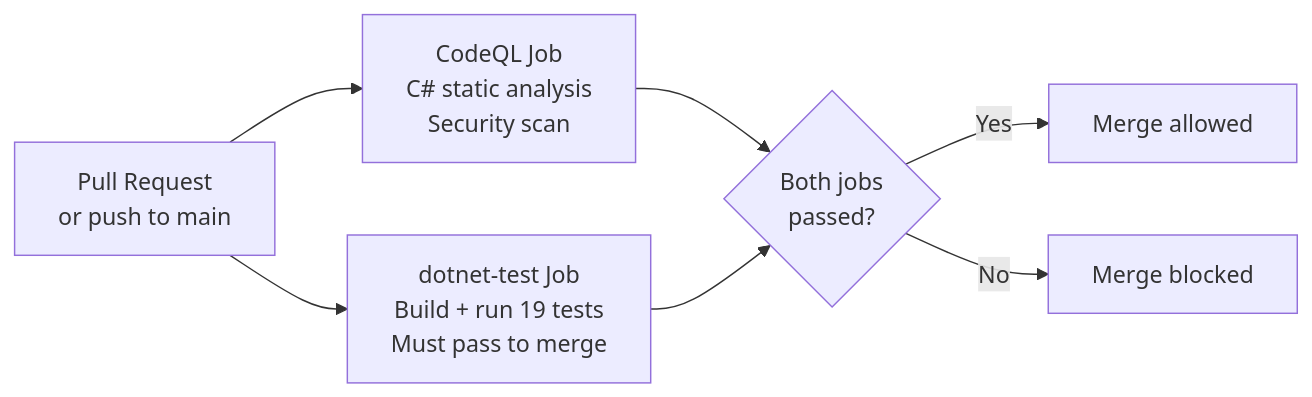
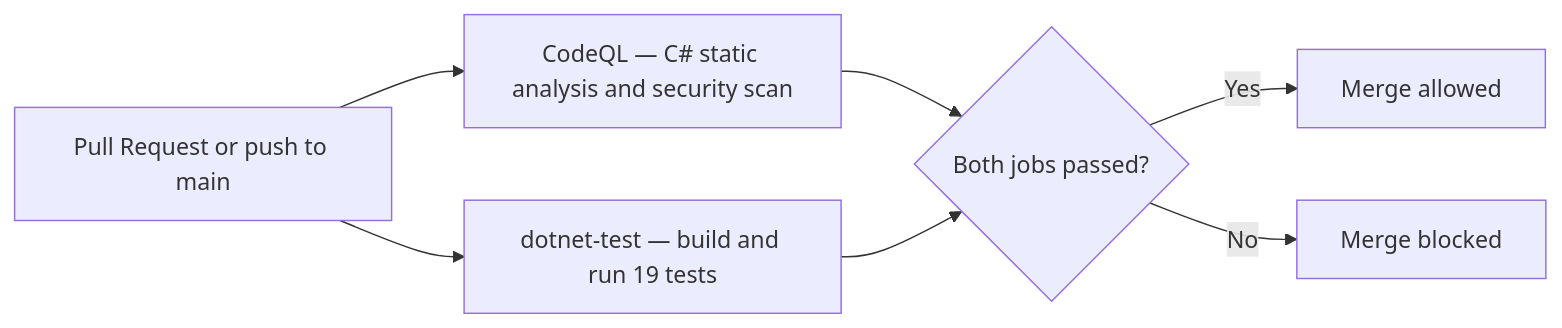
Before and after one commit to Amith-Ganta/room-reservation-system: diagram 12 of 14 in SUBMISSION_REPORT.md, drawn with Mermaid. The commit also changed other lines of this file and 1 other file, not shown here.

First line of the commit message:
fix: remove \n from all mermaid diagrams for GitHub rendering

````diff
--- a/SUBMISSION_REPORT.md
+++ b/SUBMISSION_REPORT.md
@@ -621,13 +625,13 @@
 ```mermaid
 flowchart LR
-    PR["Pull Request\nor push to main"] --> CQ & DT
+    PR["Pull Request or push to main"] --> CQ & DT
 
-    CQ["CodeQL Job\nC# static analysis\nSecurity scan"]
-    DT["dotnet-test Job\nBuild + run 19 tests\nMust pass to merge"]
+    CQ["CodeQL — C# static analysis and security scan"]
+    DT["dotnet-test — build and run 19 tests"]
 
     CQ --> GATE
     DT --> GATE
-    GATE{"Both jobs\npassed?"}
+    GATE{"Both jobs passed?"}
     GATE -- Yes --> MERGE["Merge allowed"]
     GATE -- No --> BLOCK["Merge blocked"]
 ```
````
